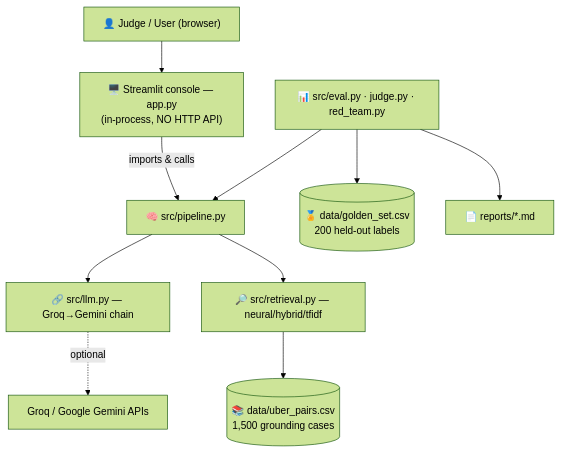
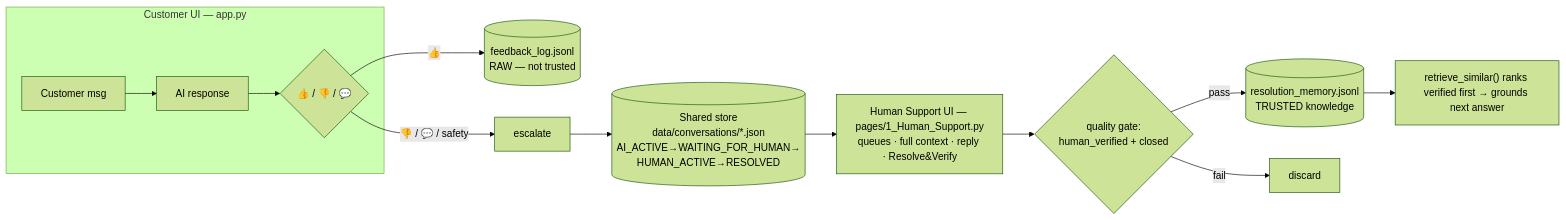
The second of 3 diagrams in README.md (sreyadattagupta/hiver-SDE-intern-Assignment), drawn with Mermaid (forest theme) before and after one commit. The commit also changed other lines of this file and 35 other files, not shown here.

First line of the commit message:
feat: human-in-the-loop support and verified-resolution feedback learning

````diff
--- a/README.md
+++ b/README.md
@@ -187,12 +169,15 @@
 ```mermaid
-flowchart TD
-    USER["👤 Judge / User (browser)"] --> UI["🖥️ Streamlit console — app.py<br/>(in-process, NO HTTP API)"]
-    UI -->|imports & calls| PIPE["🧠 src/pipeline.py"]
-    PIPE --> LLM["🔗 src/llm.py — Groq→Gemini chain"]
-    PIPE --> RET["🔎 src/retrieval.py — neural/hybrid/tfidf"]
-    RET --> CORP[("📚 data/uber_pairs.csv<br/>1,500 grounding cases")]
-    EVAL["📊 src/eval.py · judge.py · red_team.py"] --> PIPE
-    EVAL --> GOLD[("🏅 data/golden_set.csv<br/>200 held-out labels")]
-    EVAL --> REP["📄 reports/*.md"]
-    LLM -. optional .-> EXT["Groq / Google Gemini APIs"]
+flowchart LR
+    subgraph CUST["Customer UI — app.py"]
+      Q[Customer msg] --> AI[AI response]
+      AI --> FB{👍 / 👎 / 💬}
+    end
+    FB -->|👍| RAW[("feedback_log.jsonl<br/>RAW — not trusted")]
+    FB -->|👎 / 💬 / safety| ESCP[escalate]
+    ESCP --> CS[("Shared store<br/>data/conversations/*.json<br/>AI_ACTIVE→WAITING_FOR_HUMAN→<br/>HUMAN_ACTIVE→RESOLVED")]
+    CS --> HS["Human Support UI — pages/1_Human_Support.py<br/>queues · full context · reply · Resolve&Verify"]
+    HS --> VG{quality gate:<br/>human_verified + closed}
+    VG -->|pass| MEM[("resolution_memory.jsonl<br/>TRUSTED knowledge")]
+    VG -->|fail| X[discard]
+    MEM --> FUT["retrieve_similar() ranks verified first → grounds next answer"]
 ```
````
